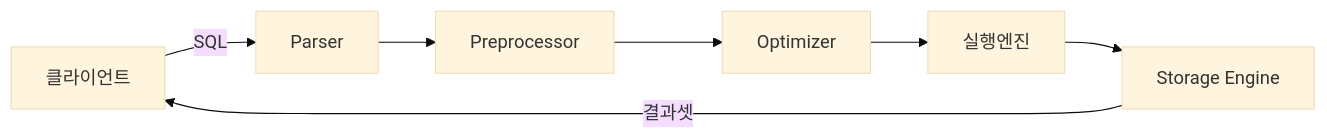
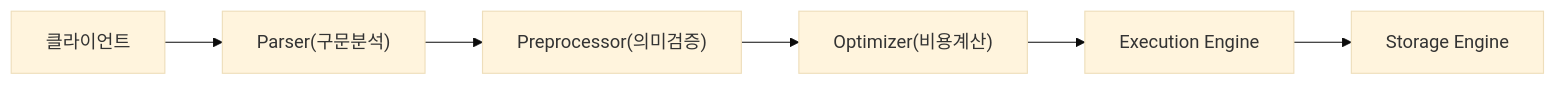
One commit to yjkim2015/yjkim2015.github.io changed the first of 5 diagrams in _posts/db/2026-05-01-db-optimizer.md. Above: the diagram before and after it, drawn with Mermaid (base theme). The commit also changed other lines of this file and 4 other files, not shown here.

````diff
--- a/_posts/db/2026-05-01-db-optimizer.md
+++ b/_posts/db/2026-05-01-db-optimizer.md
@@ -22,9 +20,8 @@
 ```mermaid
 graph LR
-    CLI["클라이언트"] -->|"SQL"| PRS["Parser"]
-    PRS --> PRE["Preprocessor"]
-    PRE --> OPT["Optimizer"]
-    OPT --> ENG["실행엔진"]
-    ENG --> STR["Storage Engine"]
-    STR -->|"결과셋"| CLI
+    CLI["클라이언트"] --> PRS["Parser(구문분석)"]
+    PRS --> PRE["Preprocessor(의미검증)"]
+    PRE --> OPT["Optimizer(비용계산)"]
+    OPT --> EXE["Execution Engine"]
+    EXE --> STE["Storage Engine"]
 ```
````
